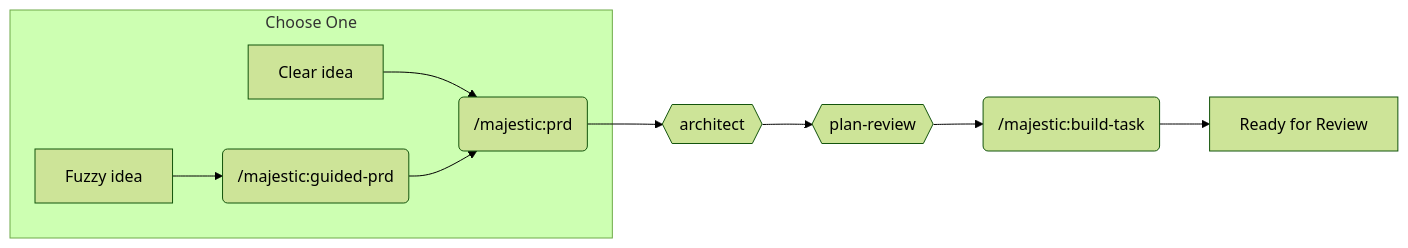
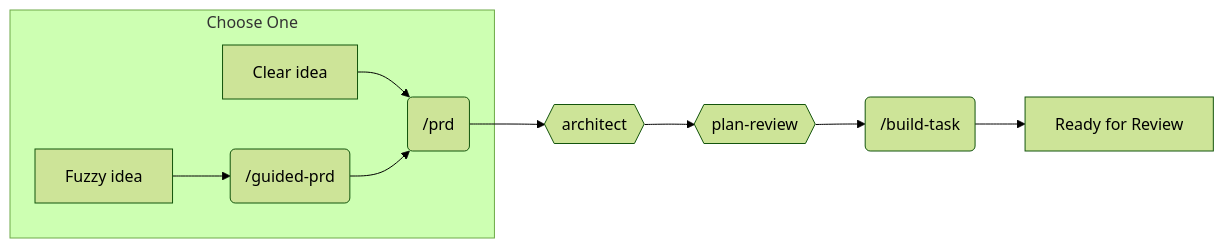
The second of 3 diagrams in plugins/majestic-engineer/README.md (majesticlabs-dev/majestic-marketplace), drawn with Mermaid (forest theme) before and after one commit. The commit also changed other lines of this file, not shown here.

First line of the commit message:
docs(workflows): restructure README with clear command/agent distinction

````diff
--- a/plugins/majestic-engineer/README.md
+++ b/plugins/majestic-engineer/README.md
@@ -15,11 +65,11 @@
 ```mermaid
 graph LR
     subgraph "Choose One"
-        A1[Clear idea] --> P(/majestic:prd)
-        A2[Fuzzy idea] --> G(/majestic:guided-prd) --> P
+        A1[Clear idea] --> P(/prd)
+        A2[Fuzzy idea] --> G(/guided-prd) --> P
     end
-    P --> B{{architect}}
-    B --> C{{plan-review}}
-    C --> D(/majestic:build-task)
-    D --> E[Ready for Review]
+    P --> AR{{architect}}
+    AR --> PR{{plan-review}}
+    PR --> BT(/build-task)
+    BT --> Done[Ready for Review]
 ```
````
